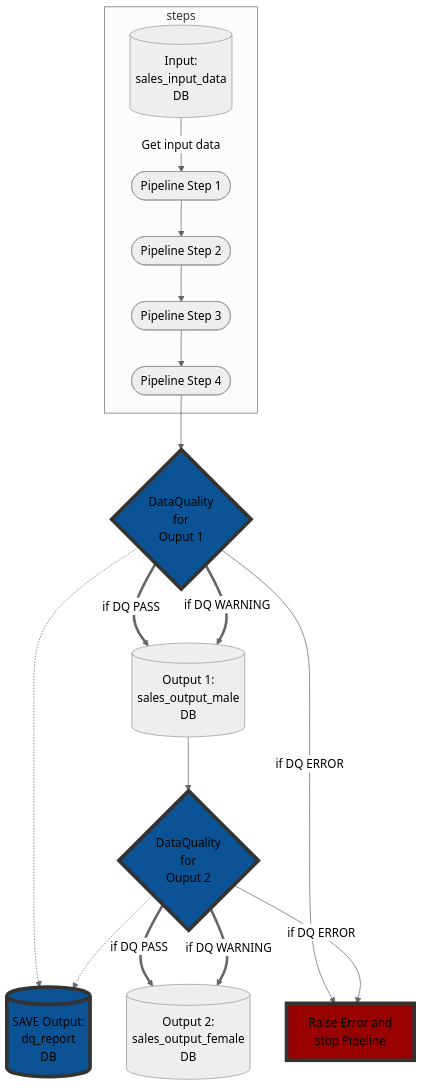
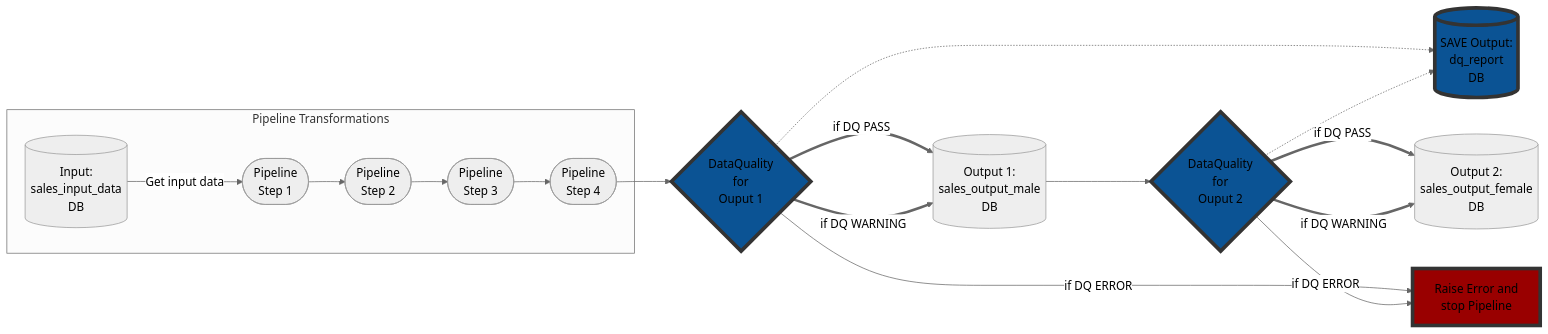
One commit to kravchenkog/dq_integration_example changed the second of 2 diagrams in README.md. Above: the diagram before and after it, drawn with Mermaid (neutral theme). The commit also changed other lines of this file, not shown here.

````diff
--- a/README.md
+++ b/README.md
@@ -242,26 +242,26 @@
 ```mermaid
-flowchart TB
+flowchart LR
 
     style M fill:#0b5394,stroke:#333,stroke-width:5px
     style I fill:#0b5394,stroke:#333,stroke-width:5px
     style F fill:#0b5394,stroke:#333,stroke-width:5px
     style H fill:#990000,stroke:#333,stroke-width:5px
     
-    subgraph steps
+    subgraph Pipeline Transformations
     A[(Input: </br>sales_input_data </br>DB)] -->|Get input data| B(Go shopping)   
-    B([Pipeline Step 1]) --> C([Pipeline Step 2])
-    C --> D([Pipeline Step 3])
-    D --> E([Pipeline Step 4])
-    end
+    B([Pipeline </br>Step 1]) --> C([Pipeline </br>Step 2])
+    C --> D([Pipeline </br>Step 3])
+    D --> E([Pipeline </br>Step 4])
+    end 
     E --> F{DataQuality </br> for </br> Ouput 1}
     F-.-> M[(SAVE Output: </br> dq_report </br> DB)]
     F ==> |if DQ PASS| G[(Output 1: </br> sales_output_male </br>DB)]    
     F ==> |if DQ WARNING| G 
     
     G --> I{DataQuality </br> for </br> Ouput 2}
     I ==> |if DQ PASS| J[(Output 2: </br> sales_output_female </br>DB)]
     I ==> |if DQ WARNING| J
     I -.-> M
     F --> |if DQ ERROR| H[Raise Error and </br>stop Pipeline]
     I --> |if DQ ERROR| H
 ```
````
